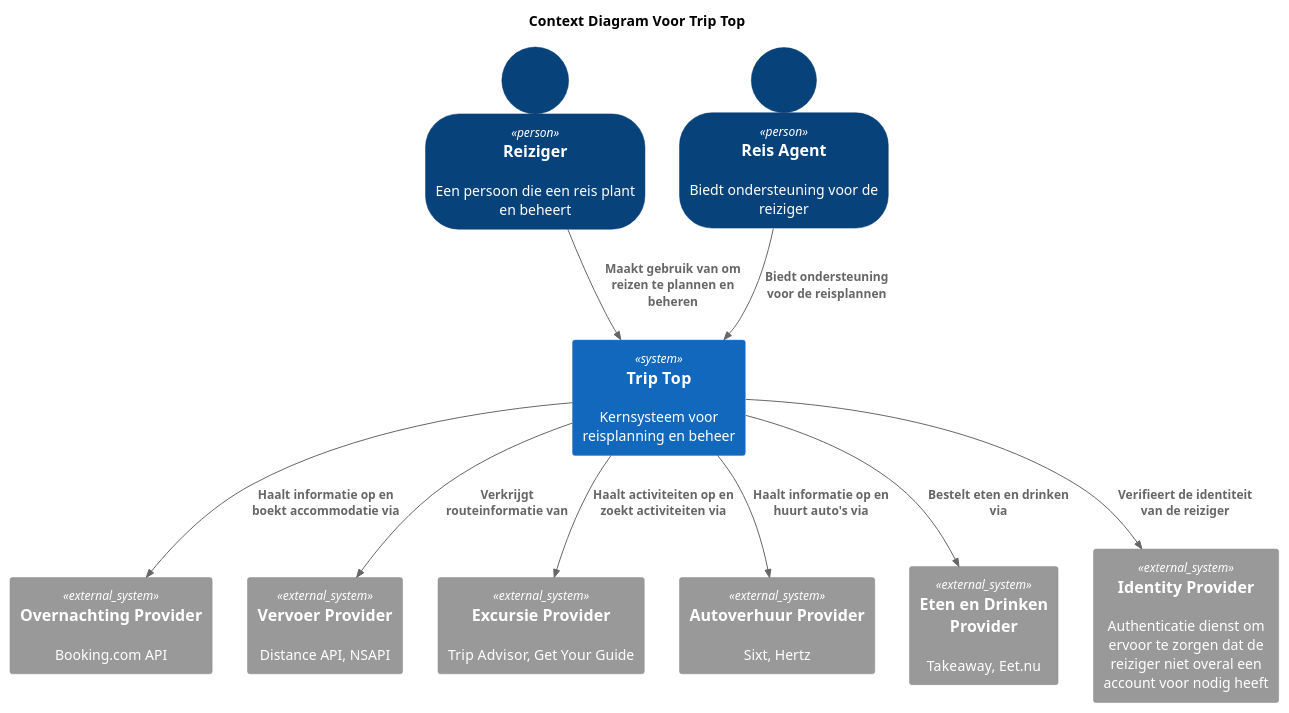
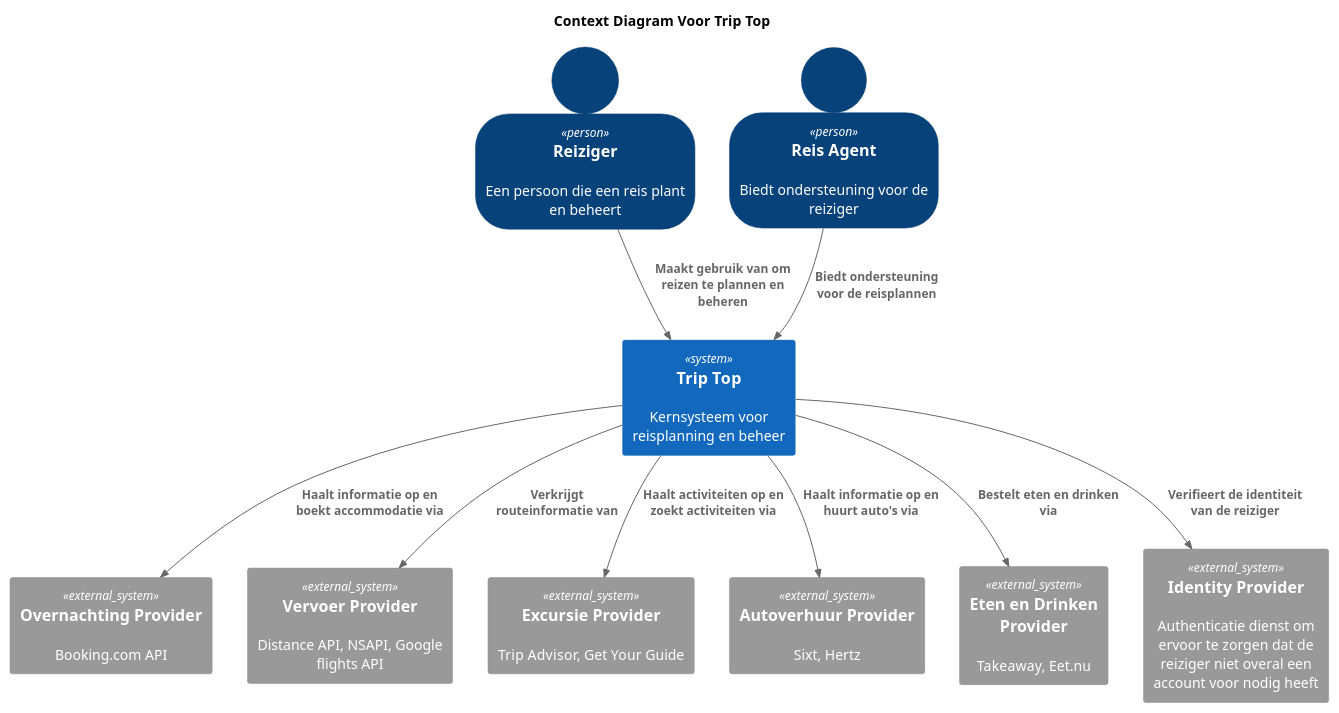
One commit to AIM-ENE-feb25/triptop-sqr-tech changed the diagram in Diagrammen/GroepsContextDiagram.puml. Above: the diagram before and after it, drawn with PlantUML. The commit also changed 2 other files, not shown here.

```diff
--- a/Diagrammen/GroepsContextDiagram.puml
+++ b/Diagrammen/GroepsContextDiagram.puml
@@ -1,29 +1,29 @@
 @startuml
 !include https://raw.githubusercontent.com/plantuml-stdlib/C4-PlantUML/master/C4_Context.puml
 SHOW_PERSON_OUTLINE()
 
 title Context Diagram Voor Trip Top
 
 Person(reiziger, "Reiziger", "Een persoon die een reis plant en beheert")
 Person(reisA, "Reis Agent", "Biedt ondersteuning voor de reiziger")
 
 System(tts, "Trip Top", "Kernsysteem voor reisplanning en beheer")
 System_Ext(op, "Overnachting Provider", "Booking.com API")
-System_Ext(vp, "Vervoer Provider", "Distance API, NSAPI")
+System_Ext(vp, "Vervoer Provider", "Distance API, NSAPI, Google flights API")
 System_Ext(ep, "Excursie Provider", "Trip Advisor, Get Your Guide")
 System_Ext(av, "Autoverhuur Provider", "Sixt, Hertz")
 System_Ext(eNd, "Eten en Drinken Provider", "Takeaway, Eet.nu")
 System_Ext(ip, "Identity Provider", "Authenticatie dienst om ervoor te zorgen dat de reiziger niet overal een account voor nodig heeft")
 
 Rel(reiziger, tts, "Maakt gebruik van om reizen te plannen en beheren")
 Rel(reisA, tts, "Biedt ondersteuning voor de reisplannen")
 
 Rel(tts, op, "Haalt informatie op en boekt accommodatie via")
 Rel(tts, vp, "Verkrijgt routeinformatie van")
 Rel(tts, ep, "Haalt activiteiten op en zoekt activiteiten via")
 Rel(tts, av, "Haalt informatie op en huurt auto's via")
 Rel(tts, eNd, "Bestelt eten en drinken via")
 
 Rel(tts, ip, "Verifieert de identiteit van de reiziger")
 
 @enduml
```
